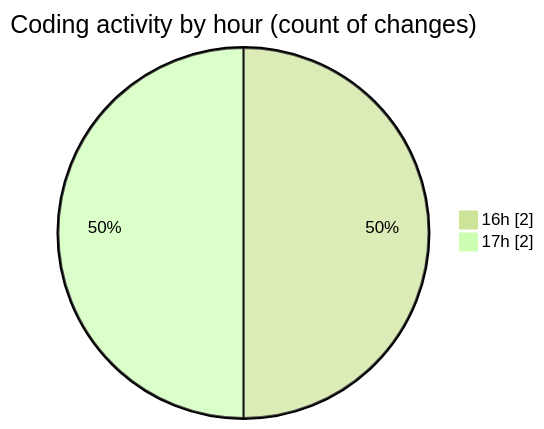
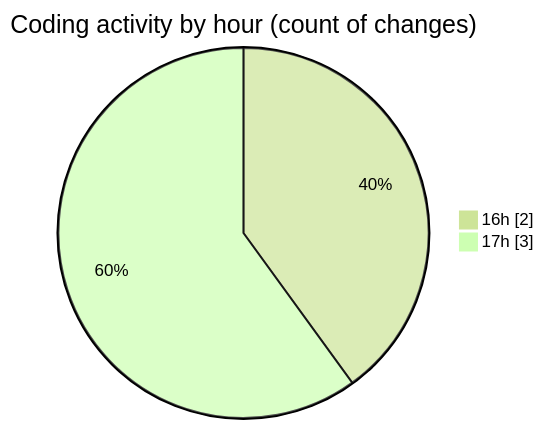
One commit to BS-eng2023/code-tracking changed the second of 2 diagrams in 2025-03-15/jsproject/README.md. Above: the diagram before and after it, drawn with Mermaid (forest theme). The commit also changed other lines of this file and 1 other file, not shown here.

````diff
--- a/2025-03-15/jsproject/README.md
+++ b/2025-03-15/jsproject/README.md
@@ -28,6 +28,6 @@
 ```mermaid
 pie showData
 title Coding activity by hour (count of changes)
 "16h" : 2
-"17h" : 2
+"17h" : 3
 ```
````
